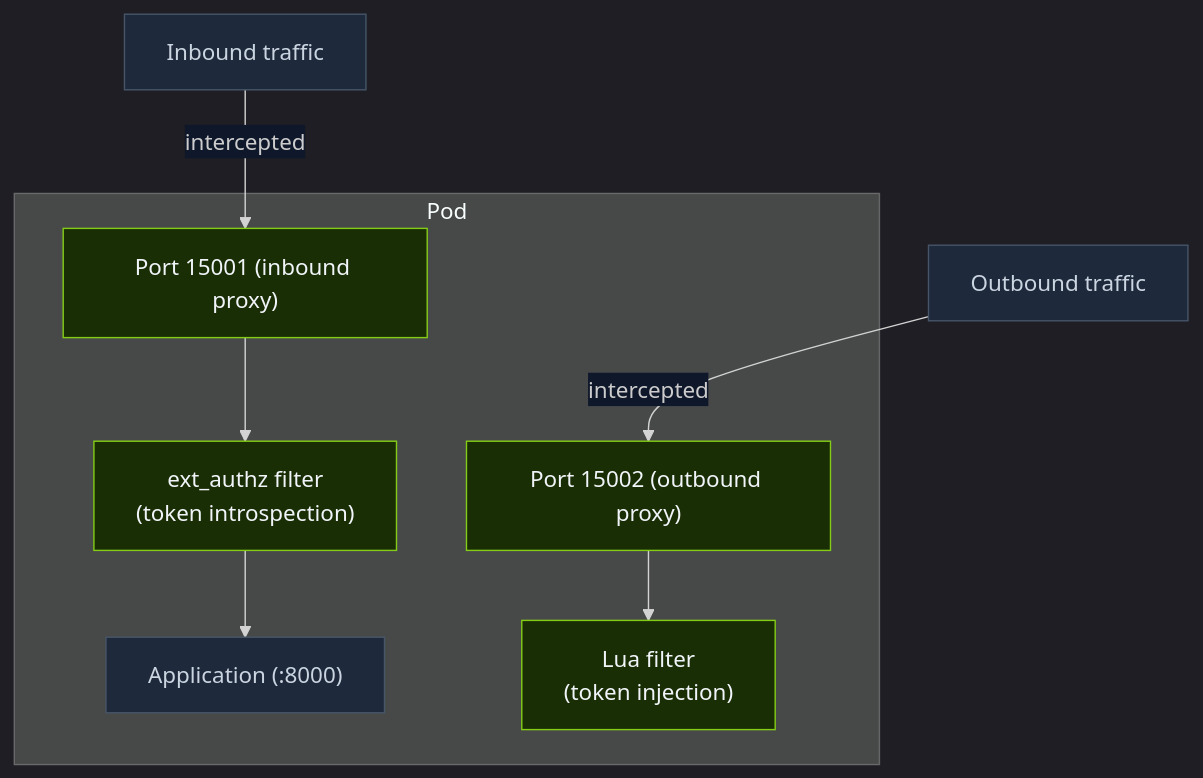
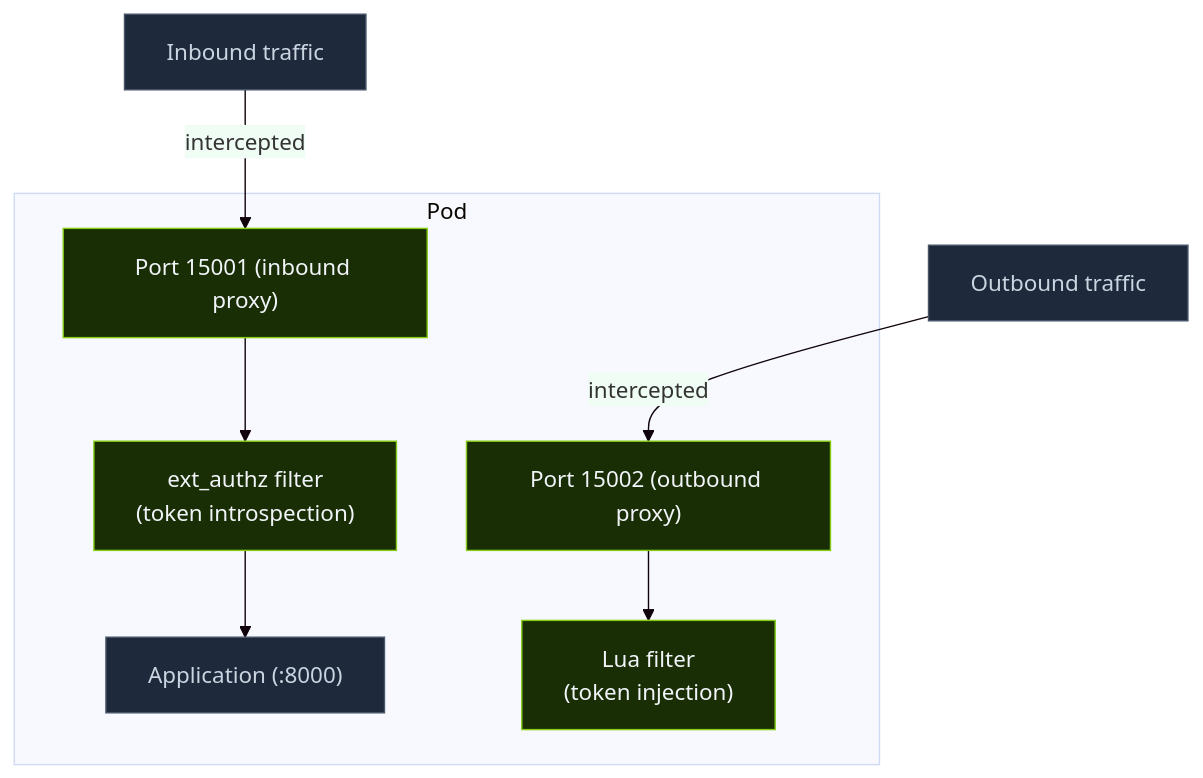
One commit to outshift-open/CASA changed the diagram in docs/ui/docs/architecture/sidecar.md. Above: the diagram before and after it, drawn with Mermaid. The commit also changed 6 other files, not shown here.

````diff
--- a/docs/ui/docs/architecture/sidecar.md
+++ b/docs/ui/docs/architecture/sidecar.md
@@ -22,24 +22,24 @@
 ```mermaid
-%%{init: {'theme': 'dark', 'themeVariables': {'background': '#0f172a', 'edgeLabelBackground': '#0f172a'}}}%%
+%%{init: {'theme': 'base', 'themeVariables': {'background': '#f0fdf4', 'edgeLabelBackground': '#f0fdf4'}}}%%
 flowchart TB
     subgraph Pod
         IN["Port 15001 (inbound proxy)"]
         EXT["ext_authz filter\n(token introspection)"]
         APP["Application (:8000)"]
         OUT["Port 15002 (outbound proxy)"]
         LUA["Lua filter\n(token injection)"]
         IN --> EXT --> APP
         OUT --> LUA
     end
 
     Inbound["Inbound traffic"] -->|intercepted| IN
     Outbound["Outbound traffic"] -->|intercepted| OUT
 
     style IN       fill:#1a2e05,stroke:#84cc16,color:#f1f5f9
     style EXT      fill:#1a2e05,stroke:#84cc16,color:#f1f5f9
     style LUA      fill:#1a2e05,stroke:#84cc16,color:#f1f5f9
     style OUT      fill:#1a2e05,stroke:#84cc16,color:#f1f5f9
     style APP      fill:#1e293b,stroke:#475569,color:#cbd5e1
     style Inbound  fill:#1e293b,stroke:#475569,color:#cbd5e1
     style Outbound fill:#1e293b,stroke:#475569,color:#cbd5e1
 ```
````
